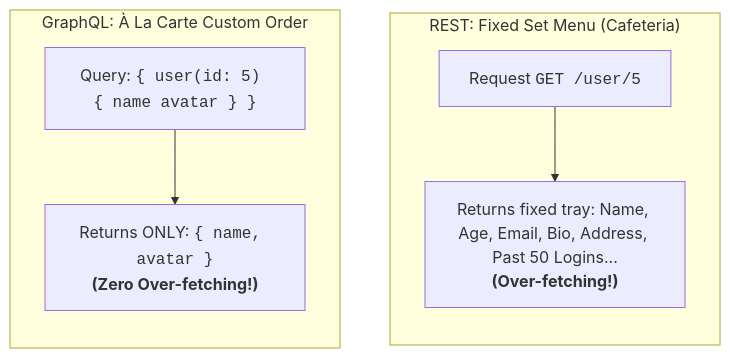
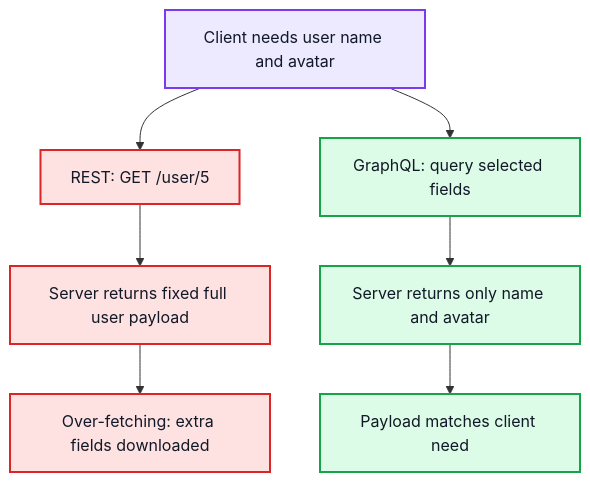
One commit to Aryan107rn/Obsidian_Second_Brain changed the first of 3 diagrams in Computer Science/Web Development/APIs/GraphQL.md. Above: the diagram before and after it, drawn with Mermaid. The commit also changed other lines of this file and 37 other files, not shown here.

````diff
--- a/Computer Science/Web Development/APIs/GraphQL.md
+++ b/Computer Science/Web Development/APIs/GraphQL.md
@@ -22,12 +22,18 @@
 ```mermaid
 flowchart TD
-    subgraph REST_Model["REST: Fixed Set Menu (Cafeteria)"]
-        direction TB
-        R_Req["Request <code>GET /user/5</code>"] --> R_Resp["Returns fixed tray: Name, Age, Email, Bio, Address, Past 50 Logins...<br/><b>(Over-fetching!)</b>"]
-    end
+    Problem["Client needs user name and avatar"]
+    Problem --> RESTReq["REST: GET /user/5"]
+    RESTReq --> RESTResp["Server returns fixed full user payload"]
+    RESTResp --> Over["Over-fetching: extra fields downloaded"]
 
-    subgraph GQL_Model["GraphQL: À La Carte Custom Order"]
-        direction TB
-        G_Req["Query: <code>{ user(id: 5) { name avatar } }</code>"] --> G_Resp["Returns ONLY: <code>{ name, avatar }</code><br/><b>(Zero Over-fetching!)</b>"]
-    end
+    Problem --> GQLReq["GraphQL: query selected fields"]
+    GQLReq --> GQLResp["Server returns only name and avatar"]
+    GQLResp --> Fit["Payload matches client need"]
+
+    classDef start fill:#EDE9FE,stroke:#7C3AED,color:#111827,stroke-width:2px
+    classDef rest fill:#FEE2E2,stroke:#DC2626,color:#111827,stroke-width:2px
+    classDef gql fill:#DCFCE7,stroke:#16A34A,color:#111827,stroke-width:2px
+    class Problem start
+    class RESTReq,RESTResp,Over rest
+    class GQLReq,GQLResp,Fit gql
 ```
````
